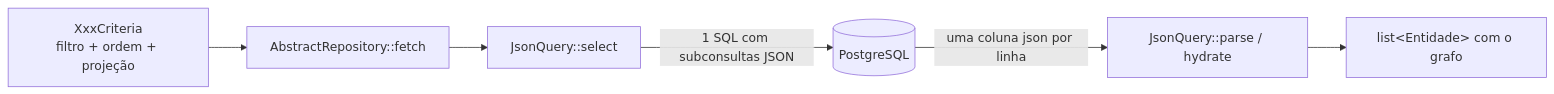
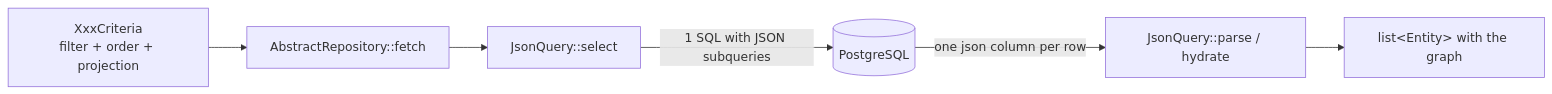
Before and after one commit to mrcdom/wdc-cube-php: the diagram in docs/dev/json-query.md, drawn with Mermaid. The commit also changed other lines of this file and 303 other files, not shown here.

````diff
--- a/docs/dev/json-query.md
+++ b/docs/dev/json-query.md
@@ -64,8 +66,8 @@
 ```mermaid
 flowchart LR
-    C[XxxCriteria<br/>filtro + ordem + projeção] --> F[AbstractRepository::fetch]
+    C[XxxCriteria<br/>filter + order + projection] --> F[AbstractRepository::fetch]
     F --> S[JsonQuery::select]
-    S -->|1 SQL com subconsultas JSON| DB[(PostgreSQL)]
-    DB -->|uma coluna json por linha| P[JsonQuery::parse / hydrate]
-    P --> E[list&lt;Entidade&gt; com o grafo]
+    S -->|1 SQL with JSON subqueries| DB[(PostgreSQL)]
+    DB -->|one json column per row| P[JsonQuery::parse / hydrate]
+    P --> E[list&lt;Entity&gt; with the graph]
 ```
````
